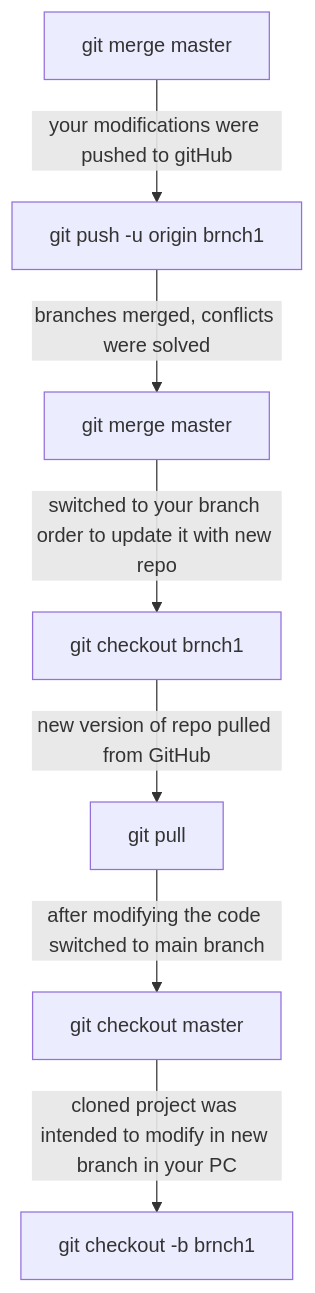
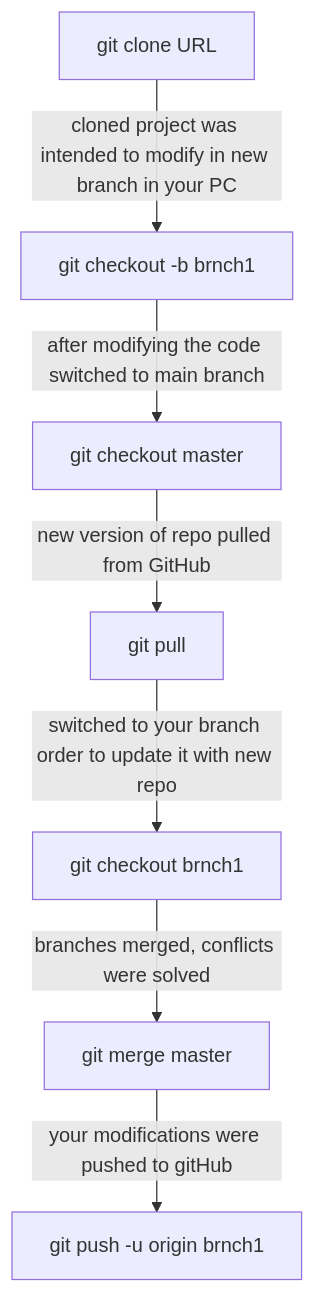
Before and after one commit to Akhmarzhan/practicum-task: the third of 3 diagrams in README.md, drawn with Mermaid.

Commit message:
Added mermaid about git pull

````diff
--- a/README.md
+++ b/README.md
@@ -84,9 +84,9 @@
 ```mermaid
   graph TB;
-      id1["git clone URL"] -- "cloned project was intended to modify in new branch in your PC" --> id["git checkout -b brnch1"];
-      id2["git checkout -b brnch1"] -- "after modifying the code switched to main branch" --> id1["git checkout master"];
-	  id3["git checkout master"]  -- "new version of repo pulled from GitHub" --> id2["git pull"] ;
-	  id4["git pull"] -- "switched to your branch order to update it with new repo" --> id3["git checkout brnch1"] ;
-	  id5["git checkout brnch1"] -- "branches merged, conflicts were solved" --> id4["git merge master"] ;
-	  id6["git merge master"] -- "your modifications were pushed to gitHub"  --> id5["git push -u origin brnch1"];
+      id["git clone URL"] -- "cloned project was intended to modify in new branch in your PC" --> id1["git checkout -b brnch1"];
+      id1["git checkout -b brnch1"] -- "after modifying the code switched to main branch" --> id2["git checkout master"];
+	  id2["git checkout master"]  -- "new version of repo pulled from GitHub" --> id3["git pull"] ;
+	  id3["git pull"] -- "switched to your branch order to update it with new repo" --> id4["git checkout brnch1"] ;
+	  id4["git checkout brnch1"] -- "branches merged, conflicts were solved" --> id5["git merge master"] ;
+	  id5["git merge master"] -- "your modifications were pushed to gitHub"  --> id6["git push -u origin brnch1"];
 ```
````
